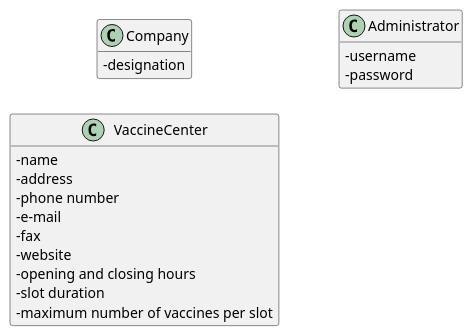
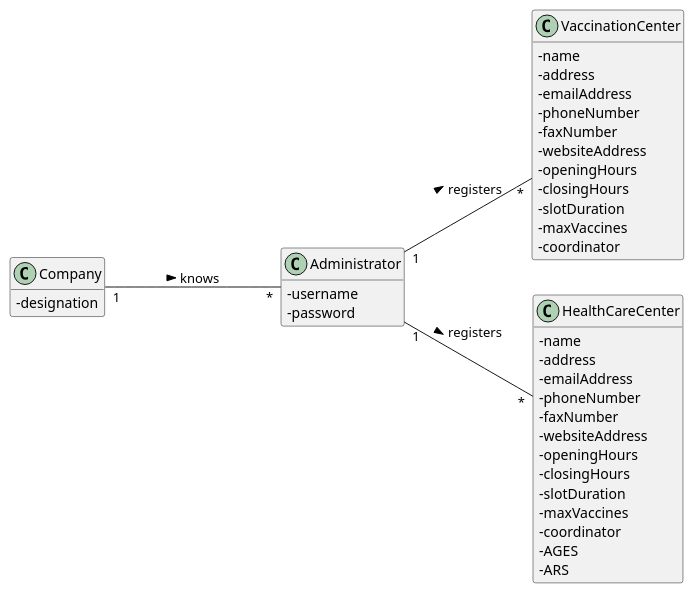
Before and after one commit to PedroMesquita1211171/VaccinationManager: the diagram in docs/SprintB/US/US9/US009_MD.puml, drawn with PlantUML. The commit also changed 4 other files, not shown here.

```diff
--- a/docs/SprintB/US/US9/US009_MD.puml
+++ b/docs/SprintB/US/US9/US009_MD.puml
@@ -1,35 +1,55 @@
 @startuml
 hide methods
 left to right direction
 skinparam classAttributeIconSize 0
 
 
 class Company {
   -designation
 }
 
-class VaccineCenter {
-  -name
-  -address
-  -phone number
-  -e-mail
-  -fax
-  -website
-  -opening and closing hours
-  -slot duration
-  -maximum number of vaccines per slot
+class VaccinationCenter {
+  - name
+  - address
+  - emailAddress
+  - phoneNumber
+  - faxNumber
+  - websiteAddress
+  - openingHours
+  - closingHours
+  - slotDuration
+  - maxVaccines
+  - coordinator
+}
 
-}
+class HealthCareCenter {
+  - name
+    - address
+    - emailAddress
+    - phoneNumber
+    - faxNumber
+    - websiteAddress
+    - openingHours
+    - closingHours
+    - slotDuration
+    - maxVaccines
+    - coordinator
+    -AGES
+    -ARS
+  }
+
 
 class Administrator {
 -username
 -password
 }
 
-
+Company "1"---"*" Administrator : knows >
+Administrator "1"--"*" VaccinationCenter : registers >
+Administrator "1"--"*" HealthCareCenter : registers >
 
 
 
 
 
 @enduml
```
